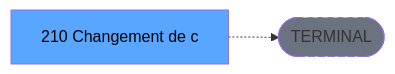
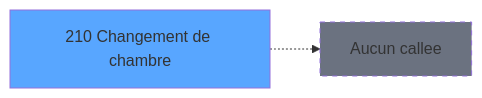
Before and after one commit to thonyAGP/magic-migration: the third of 3 diagrams in .openspec/specs/ADH-IDE-210.md, drawn with Mermaid. The commit also changed other lines of this file and 253 other files, not shown here.

````diff
--- a/.openspec/specs/ADH-IDE-210.md
+++ b/.openspec/specs/ADH-IDE-210.md
@@ -146,8 +666,8 @@
 ```mermaid
 graph LR
-    T[210 Changement de c]
-    TERM([TERMINAL])
-    T -.-> TERM
-    style TERM fill:#6b7280,stroke-dasharray: 5 5
-    style T fill:#58a6ff,color:#000
+    T210[210 Changement de chambre]
+    style T210 fill:#58a6ff
+    NONE[Aucun callee]
+    T210 -.-> NONE
+    style NONE fill:#6b7280,stroke-dasharray: 5 5
 ```
````
